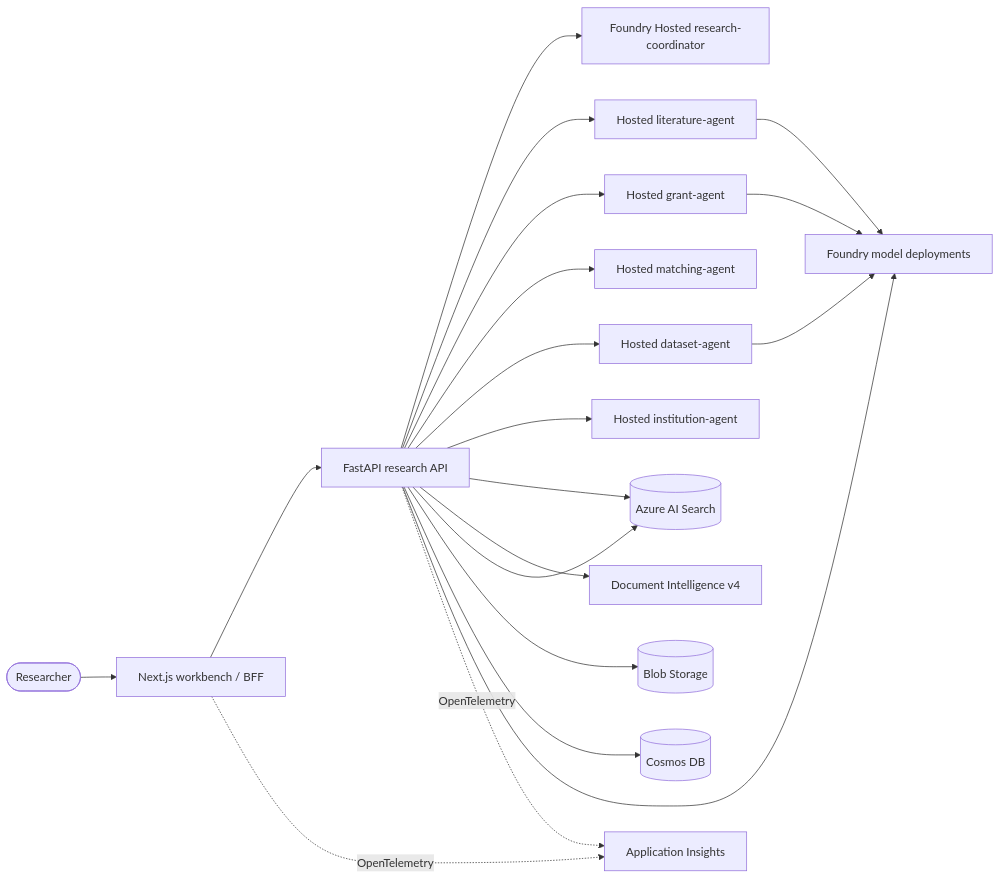
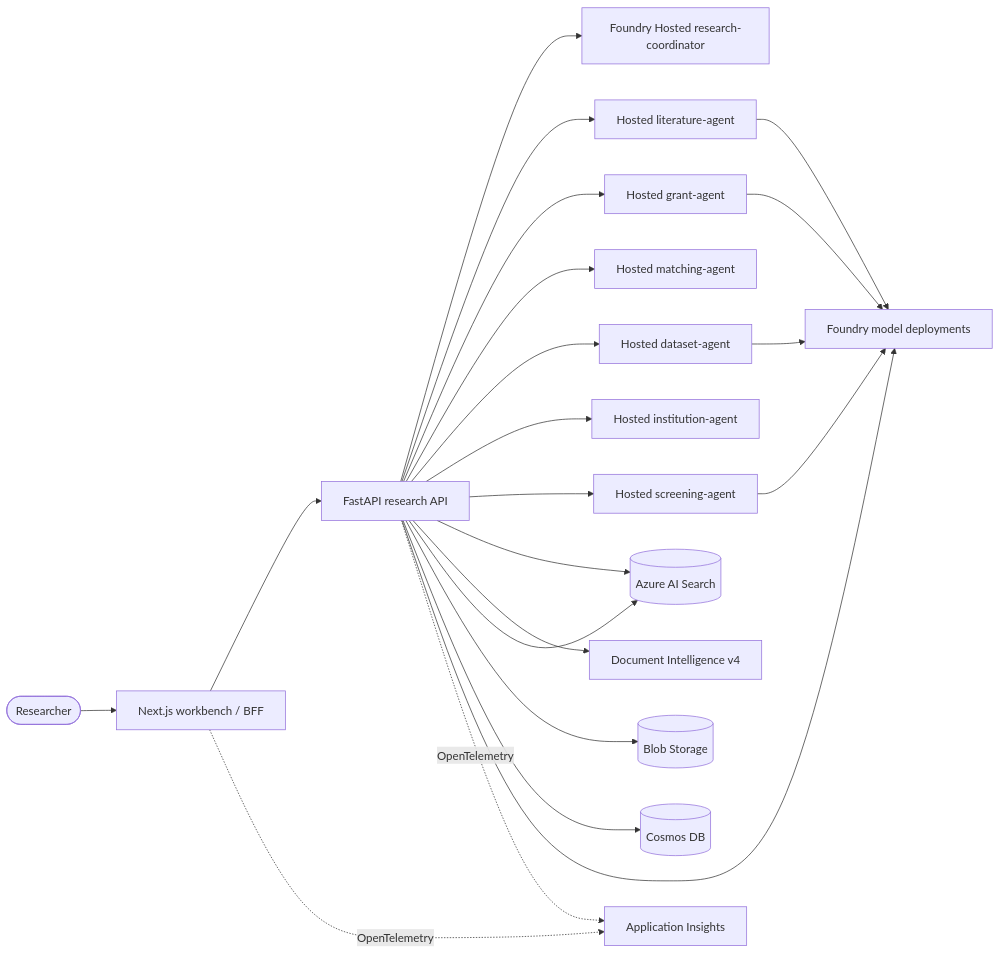
The diagram in ARCHITECTURE.md (anabil25/ResearchAssistant), drawn with Mermaid before and after one commit. The commit also changed other lines of this file and 76 other files, not shown here.

````diff
--- a/ARCHITECTURE.md
+++ b/ARCHITECTURE.md
@@ -16,22 +16,23 @@
 ```mermaid
 flowchart LR
     User([Researcher]) --> Web[Next.js workbench / BFF]
     Web --> API[FastAPI research API]
     API --> Coordinator[Foundry Hosted research-coordinator]
     API --> Literature[Hosted literature-agent]
     API --> Grant[Hosted grant-agent]
     API --> Matching[Hosted matching-agent]
     API --> Dataset[Hosted dataset-agent]
     API --> Institution[Hosted institution-agent]
+    API --> Screening[Hosted screening-agent]
 
     API --> Search[(Azure AI Search)]
-    Literature & Grant & Dataset --> Models[Foundry model deployments]
+    Literature & Grant & Dataset & Screening --> Models[Foundry model deployments]
 
     API --> DocIntel[Document Intelligence v4]
     API --> Search
     API --> Blob[(Blob Storage)]
     API --> Cosmos[(Cosmos DB)]
     API --> Models
 
     Web & API -. OpenTelemetry .-> AppInsights[Application Insights]
 ```
````
